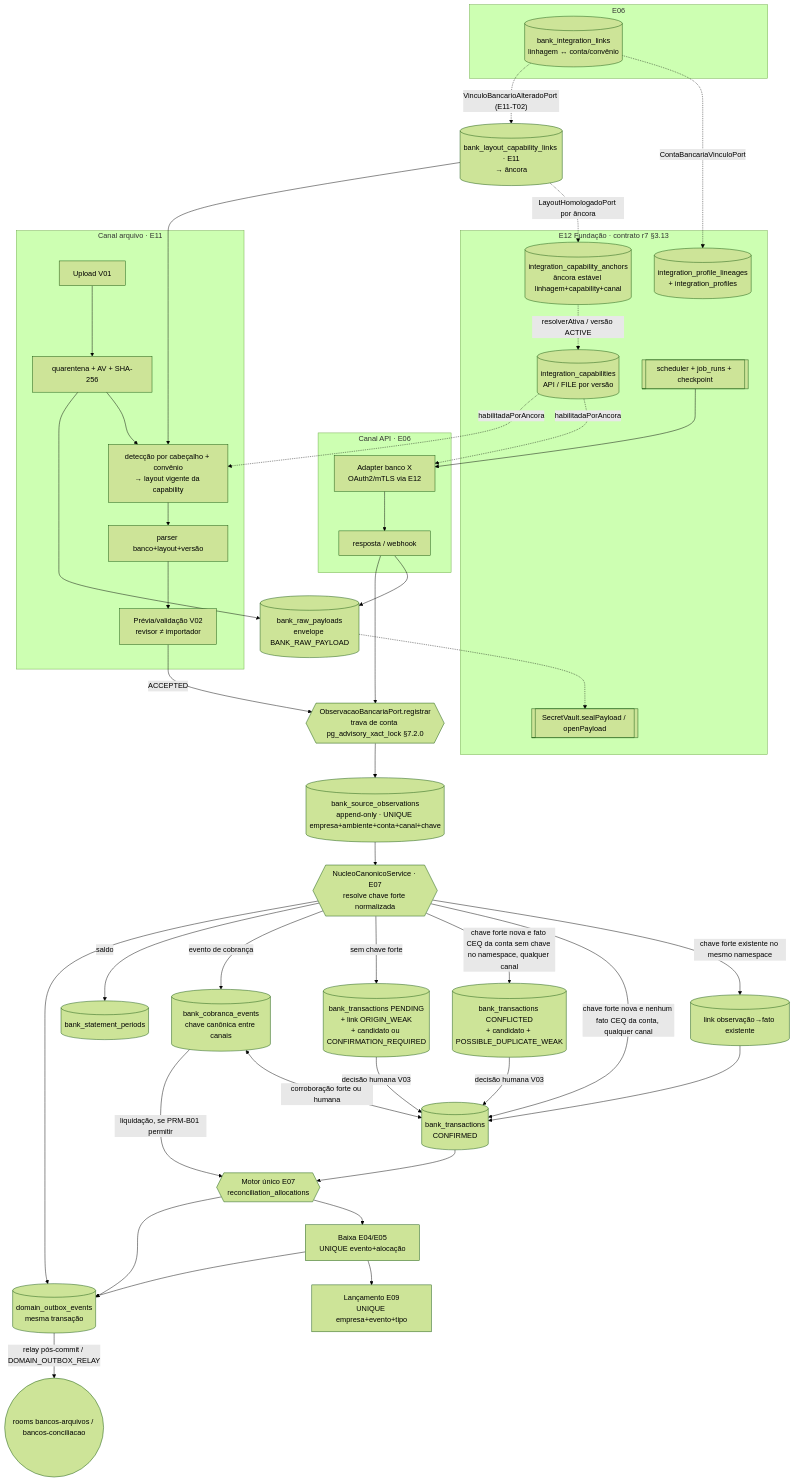
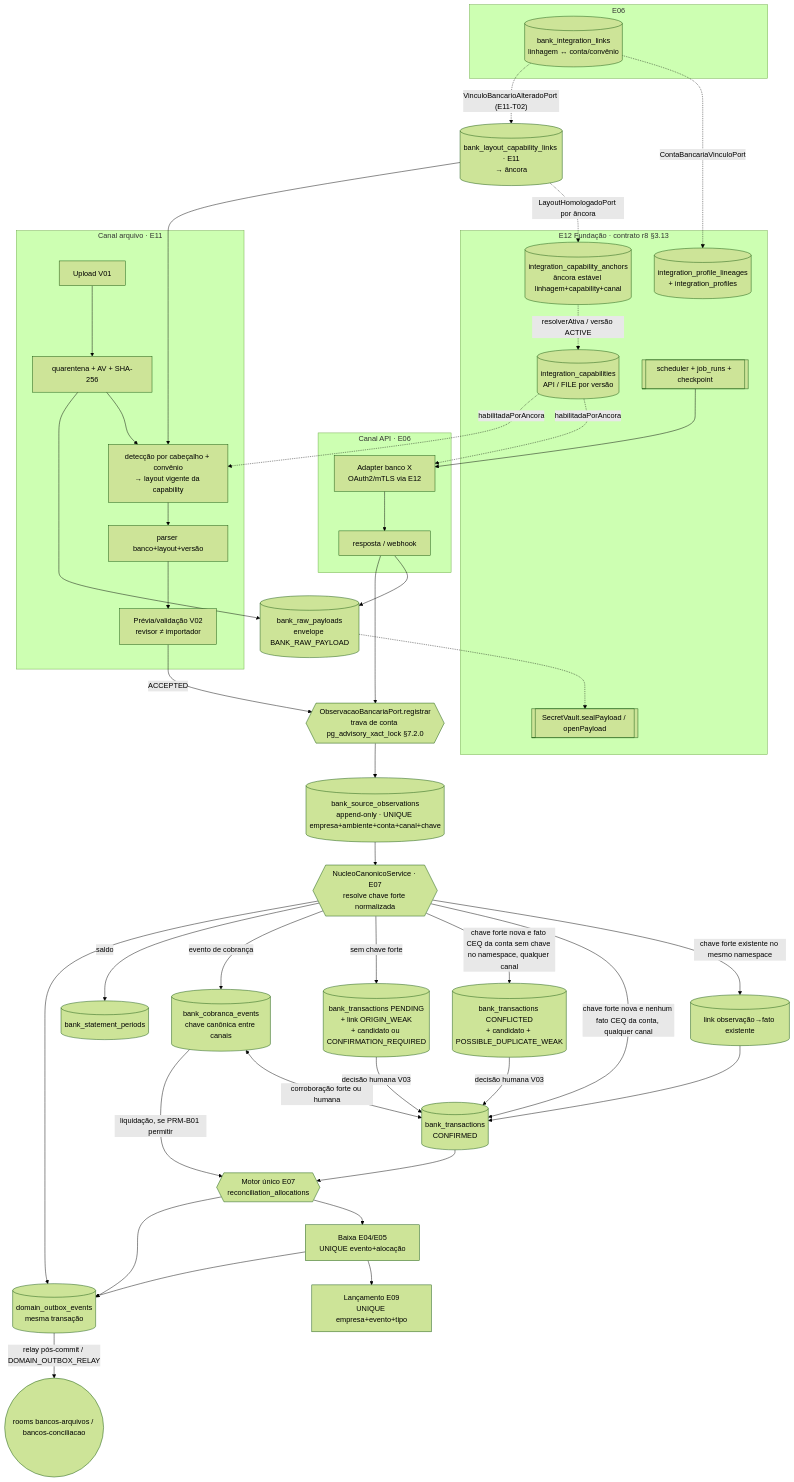
One commit to sammuka/alpha-carnes changed the first of 2 diagrams in docs/superpowers/plans/2026-10-12-e11-t00-cross-bancario-apis-arquivos-razao.md. Above: the diagram before and after it, drawn with Mermaid (forest theme). The commit also changed other lines of this file, not shown here.

Commit message:
docs(e11-t00): revisao v7 do plano apos Portao 1 r6 (adota contrato E12 r8 3.13)

````diff
--- a/docs/superpowers/plans/2026-10-12-e11-t00-cross-bancario-apis-arquivos-razao.md
+++ b/docs/superpowers/plans/2026-10-12-e11-t00-cross-bancario-apis-arquivos-razao.md
@@ -175,53 +185,53 @@
 ```mermaid
 flowchart TB
-  subgraph E12[E12 Fundação · contrato r7 §3.13]
+  subgraph E12[E12 Fundação · contrato r8 §3.13]
     LIN[(integration_profile_lineages\n+ integration_profiles)]
     ANC[(integration_capability_anchors\nâncora estável linhagem+capability+canal)]
     CAP[(integration_capabilities\nAPI / FILE por versão)]
     JOB[[scheduler + job_runs + checkpoint]]
     VAULT[[SecretVault.sealPayload / openPayload]]
   end
   subgraph E06L[E06]
     BIL[(bank_integration_links\nlinhagem ↔ conta/convênio)]
   end
   subgraph CANAL_API[Canal API · E06]
     AD[Adapter banco X\nOAuth2/mTLS via E12] --> RESP[resposta / webhook]
   end
   subgraph CANAL_ARQ[Canal arquivo · E11]
     UP[Upload V01] --> QUAR[quarentena + AV + SHA-256]
     QUAR --> DET[detecção por cabeçalho + convênio\n→ layout vigente da capability]
     DET --> PARSE[parser banco+layout+versão]
     PARSE --> REV[Prévia/validação V02\nrevisor ≠ importador]
   end
   BIL -. ContaBancariaVinculoPort .-> LIN
   BIL -. VinculoBancarioAlteradoPort (E11-T02) .-> BLCL
   ANC -. resolverAtiva / versão ACTIVE .-> CAP
   BLCL[(bank_layout_capability_links · E11\n→ âncora)] -. LayoutHomologadoPort por âncora .-> ANC
   JOB --> AD
   CAP -. habilitadaPorAncora .-> AD
   CAP -. habilitadaPorAncora .-> DET
   BLCL --> DET
   RESP --> RAW[(bank_raw_payloads\nenvelope BANK_RAW_PAYLOAD)]
   QUAR --> RAW
   RAW -.-> VAULT
   RESP --> PORT{{ObservacaoBancariaPort.registrar\ntrava de conta pg_advisory_xact_lock §7.2.0}}
   REV -- ACCEPTED --> PORT
   PORT --> OBS[(bank_source_observations\nappend-only · UNIQUE empresa+ambiente+conta+canal+chave)]
   OBS --> NUC{{NucleoCanonicoService · E07\nresolve chave forte normalizada}}
   NUC -- chave forte existente no mesmo namespace --> LINK[(link observação→fato existente)]
   NUC -- chave forte nova e nenhum fato CEQ da conta, qualquer canal --> TX[(bank_transactions\nCONFIRMED)]
   NUC -- chave forte nova e fato CEQ da conta sem chave no namespace, qualquer canal --> CONFL[(bank_transactions CONFLICTED\n+ candidato + POSSIBLE_DUPLICATE_WEAK)]
   NUC -- sem chave forte --> PEND[(bank_transactions PENDING\n+ link ORIGIN_WEAK\n+ candidato ou CONFIRMATION_REQUIRED)]
   CONFL -- decisão humana V03 --> TX
   NUC -- evento de cobrança --> COB[(bank_cobranca_events\nchave canônica entre canais)]
   NUC -- saldo --> PER[(bank_statement_periods)]
   LINK --> TX
   PEND -- decisão humana V03 --> TX
   COB <-- corroboração forte ou humana --> TX
   TX --> MOT{{Motor único E07\nreconciliation_allocations}}
   COB -- liquidação, se PRM-B01 permitir --> MOT
   MOT --> BX[Baixa E04/E05\nUNIQUE evento+alocação]
   BX --> LED[Lançamento E09\nUNIQUE empresa+evento+tipo]
   NUC & MOT & BX --> OUT[(domain_outbox_events\nmesma transação)]
   OUT -- relay pós-commit / DOMAIN_OUTBOX_RELAY --> WS((rooms bancos-arquivos / bancos-conciliacao))
 ```
````
